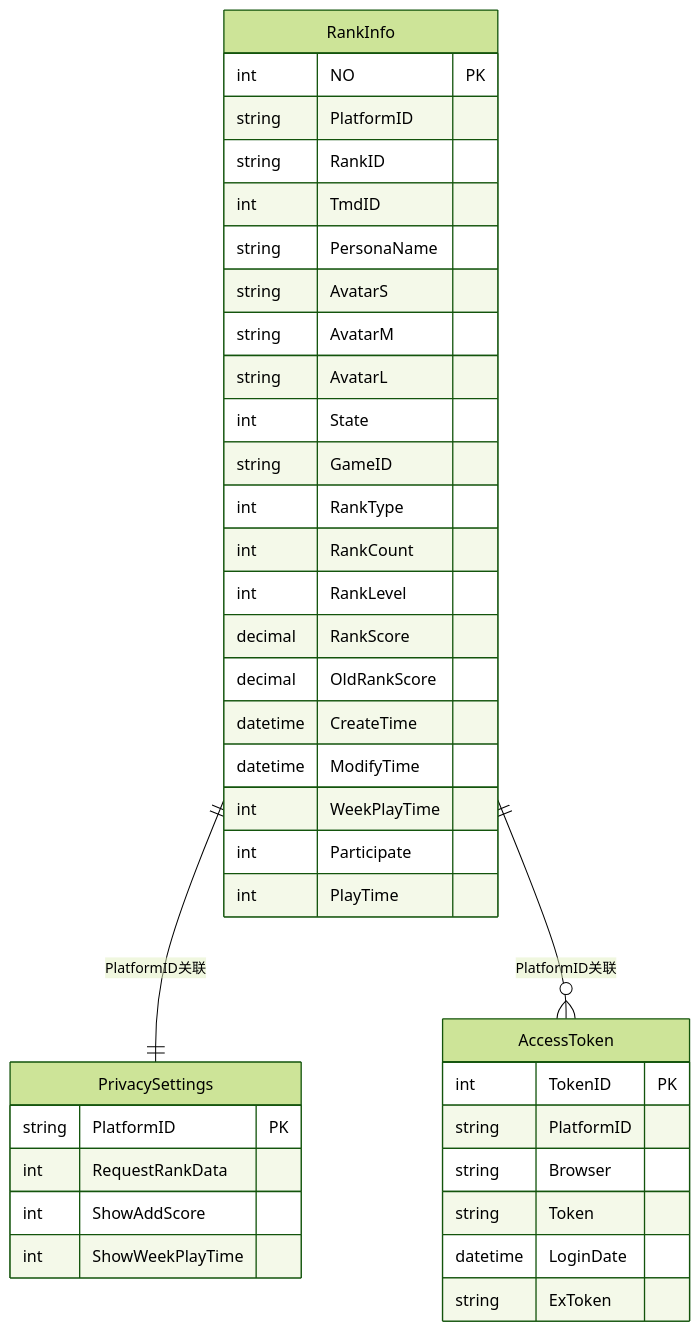
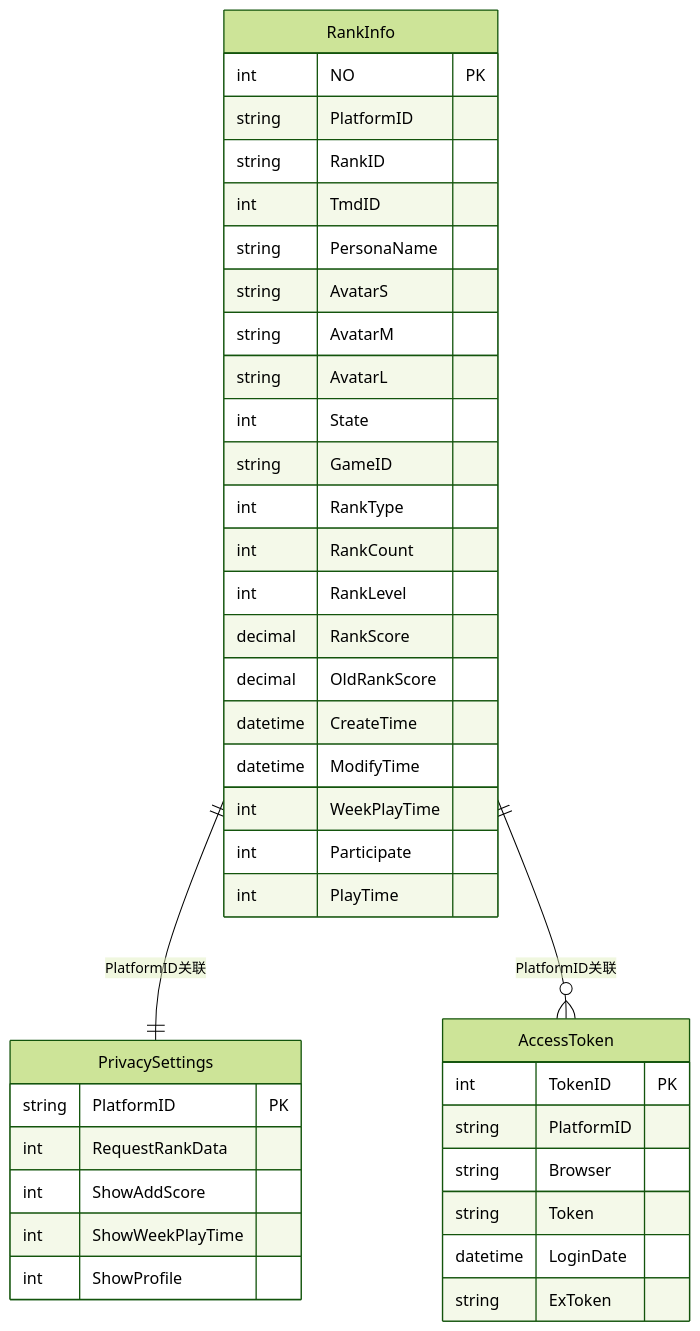
Before and after one commit to TinyMaD/SpeedRunnersLab: the ninth of 14 diagrams in .qoder/repowiki/zh/content/后端 API 服务/用户管理模块/隐私设置管理.md, drawn with Mermaid (forest theme). The commit also changed other lines of this file and 29 other files, not shown here.

````diff
--- a/.qoder/repowiki/zh/content/后端 API 服务/用户管理模块/隐私设置管理.md
+++ b/.qoder/repowiki/zh/content/后端 API 服务/用户管理模块/隐私设置管理.md
@@ -331,41 +396,42 @@
 ```mermaid
 erDiagram
 RankInfo {
 int NO PK
 string PlatformID
 string RankID
 int TmdID
 string PersonaName
 string AvatarS
 string AvatarM
 string AvatarL
 int State
 string GameID
 int RankType
 int RankCount
 int RankLevel
 decimal RankScore
 decimal OldRankScore
 datetime CreateTime
 datetime ModifyTime
 int WeekPlayTime
 int Participate
 int PlayTime
 }
 PrivacySettings {
 string PlatformID PK
 int RequestRankData
 int ShowAddScore
 int ShowWeekPlayTime
+int ShowProfile
 }
 AccessToken {
 int TokenID PK
 string PlatformID
 string Browser
 string Token
 datetime LoginDate
 string ExToken
 }
 RankInfo ||--|| PrivacySettings : "PlatformID关联"
 RankInfo ||--o{ AccessToken : "PlatformID关联"
 ```
````
